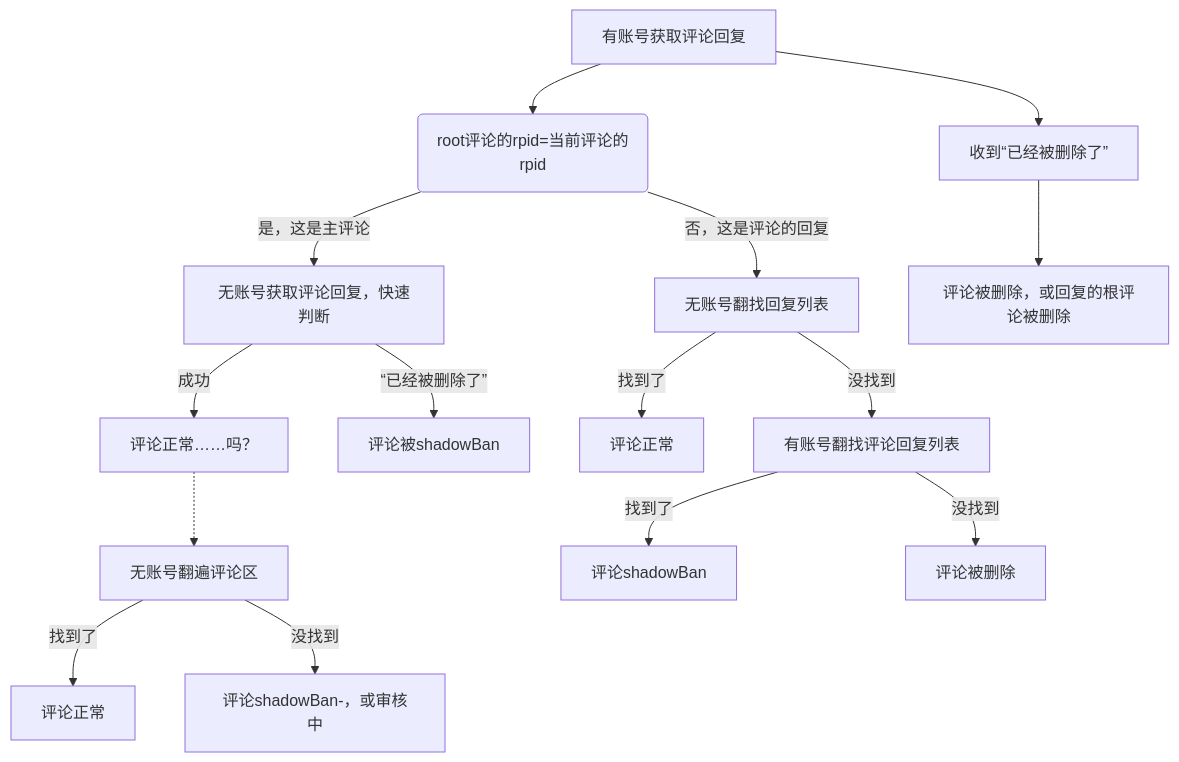
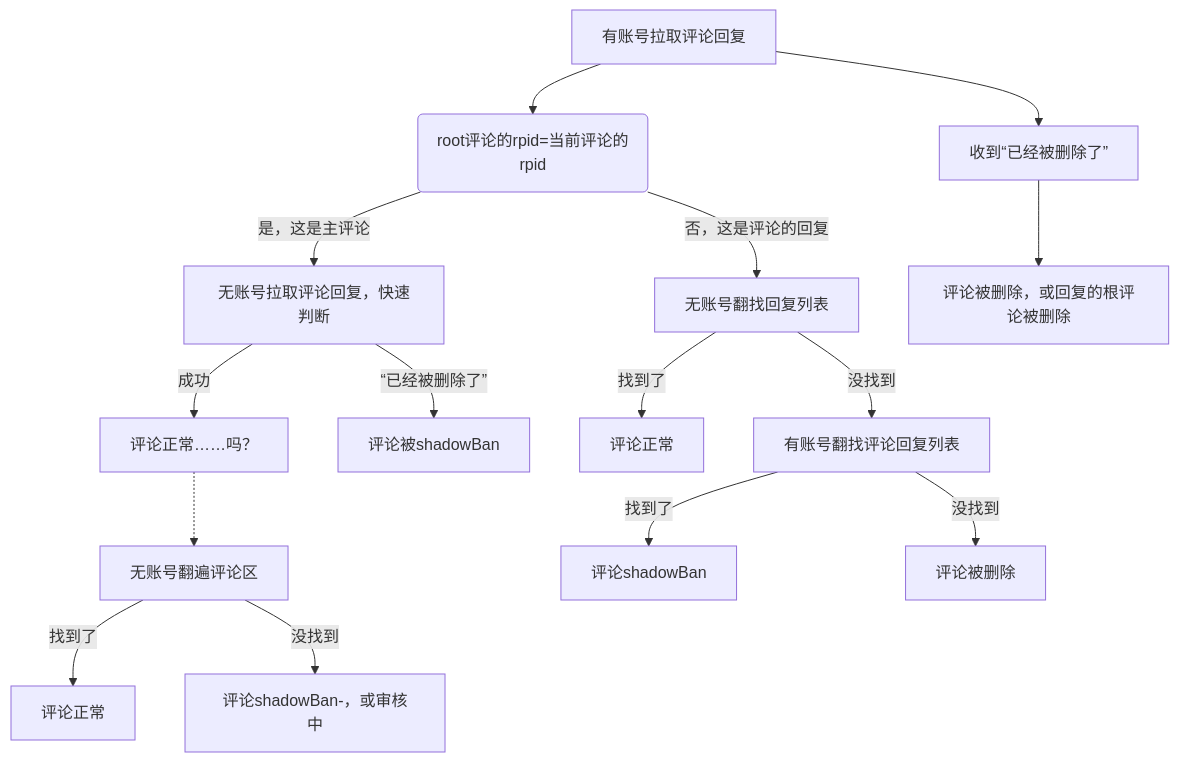
Before and after one commit to boli0301/bili.libre.commit: the fourth of 5 diagrams in README.md, drawn with Mermaid. The commit also changed other lines of this file, not shown here.

````diff
--- a/README.md
+++ b/README.md
@@ -108,16 +129,16 @@
 ``` mermaid
 graph TB
-00[有账号获取评论回复] 
+00[有账号拉取评论回复] 
 00 --> 10(root评论的rpid=当前评论的rpid)
 00 --> 02["收到“已经被删除了”"] --> 04["评论被删除，或回复的根评论被删除"]
-10 --"是，这是主评论"--> 20["无账号获取评论回复，快速判断"] 
+10 --"是，这是主评论"--> 20["无账号拉取评论回复，快速判断"] 
 20 --成功--> 30["评论正常……吗？"] -.-> 100["无账号翻遍评论区"] 
 100 --找到了--> 110["评论正常"]
 100 --没找到--> 120["评论shadowBan-，或审核中"]
 20 --"“已经被删除了”"--> 40["评论被shadowBan"]
 10 --"否，这是评论的回复"--> 50["无账号翻找回复列表"] 
 50 --找到了--> 60["评论正常"]
 50 --没找到--> 70["有账号翻找评论回复列表"] 
 70 --找到了--> 80["评论shadowBan"]
 70 --没找到--> 90["评论被删除"]
 ```
````
